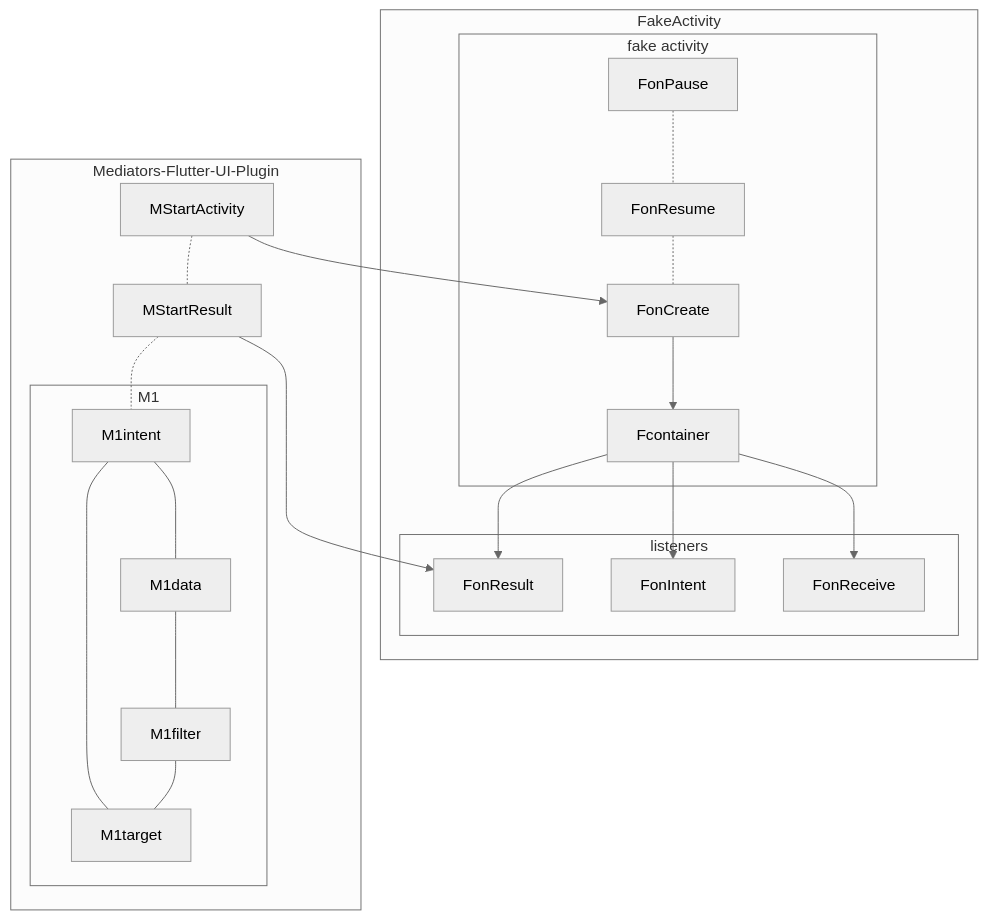
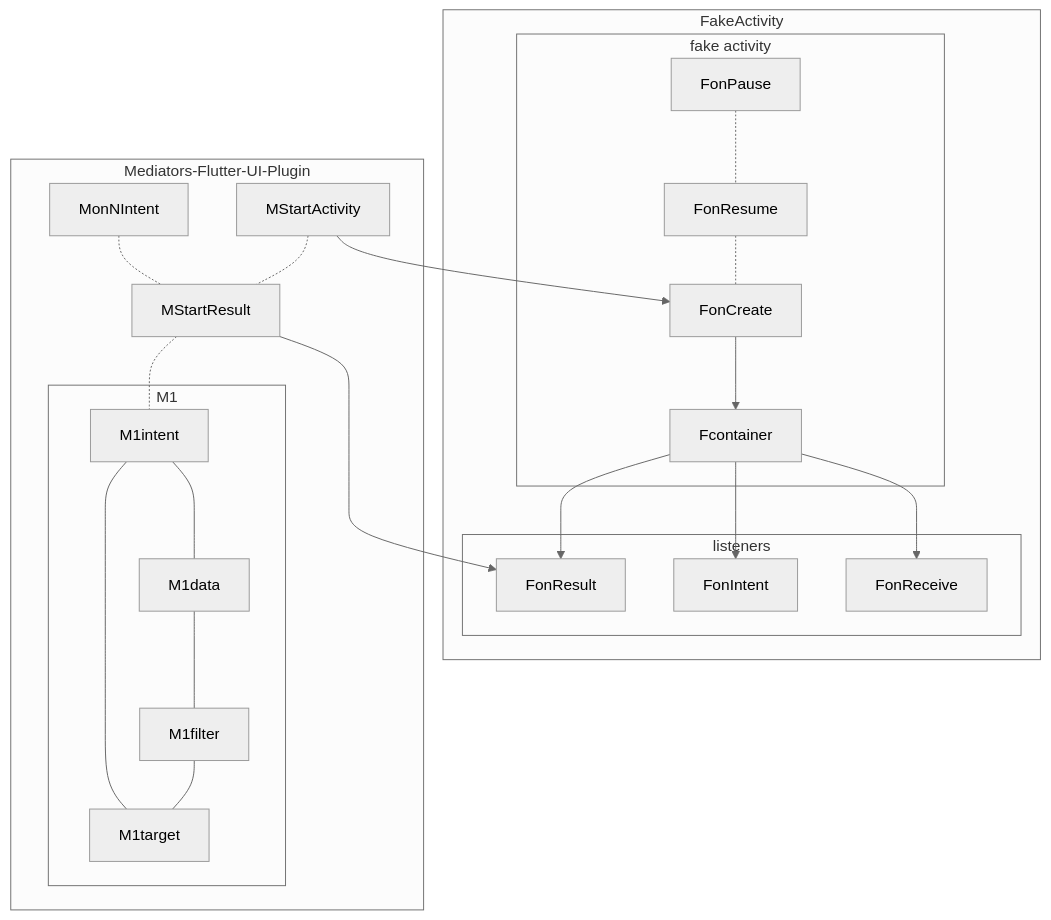
The second of 2 diagrams in flutter/android_to_flutter.md (gordianknotC/nxp_note), drawn with Mermaid (neutral theme) before and after one commit. The commit also changed other lines of this file, not shown here.

````diff
--- a/flutter/android_to_flutter.md
+++ b/flutter/android_to_flutter.md
@@ -71,41 +71,42 @@
 ```mermaid
 graph TB
 	
 	
 	
 	subgraph FakeActivity
 		FonCreate
 		FonPause 
 		FonResume 
 		FonResult 
 		FonIntent 
 		FonReceive 
 		
 		subgraph fake activity
 			FonPause -.- FonResume
 			FonResume -.- FonCreate
 			FonCreate --> Fcontainer
 		end
 		
 		subgraph listeners
 			Fcontainer --> FonIntent
 			Fcontainer --> FonResult
 			Fcontainer --> FonReceive
 		end
 	end
 
 	subgraph Mediators-Flutter-UI-Plugin
 		MStartActivity --> FonCreate
 		MStartResult --> FonResult
+		MonNIntent -.- MStartResult
 		subgraph M1
 			M1intent --- M1target
 			M1intent --- M1data
 			M1data --- M1filter
 			M1filter --- M1target
 		end
 		MStartActivity
 		MStartResult
 		MStartActivity -.- MStartResult
 		MStartResult -.- M1intent
 	end
 ```
````
